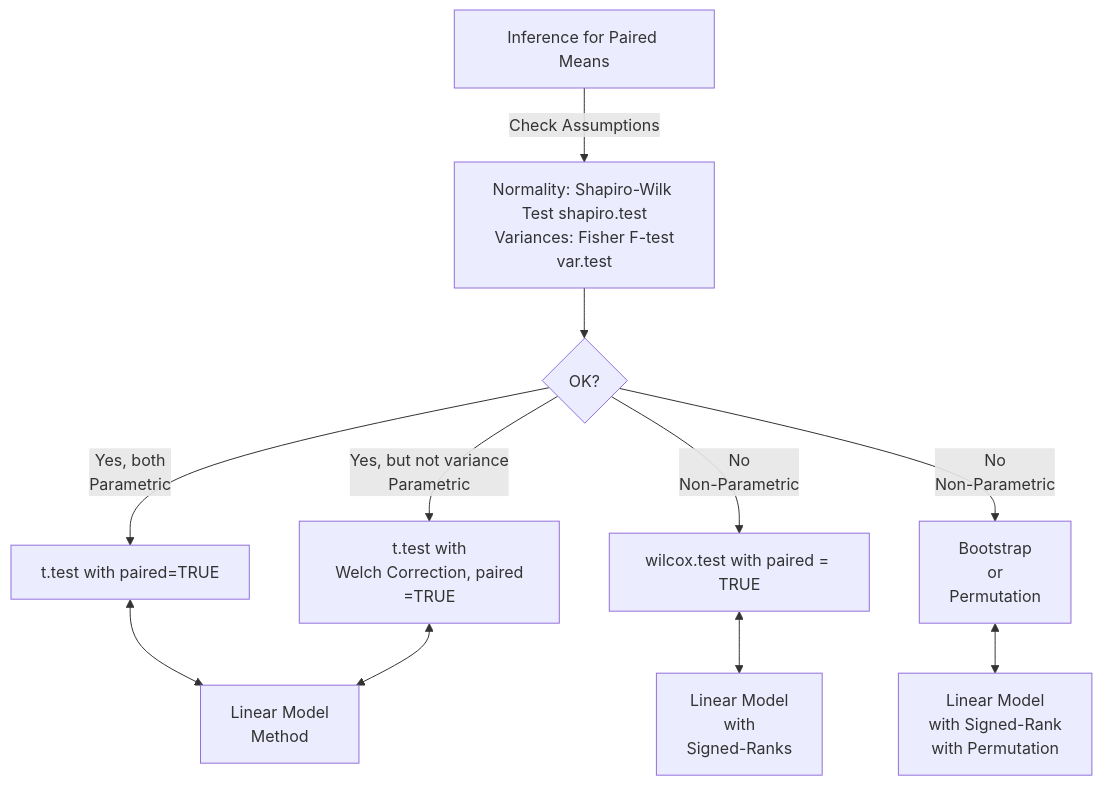
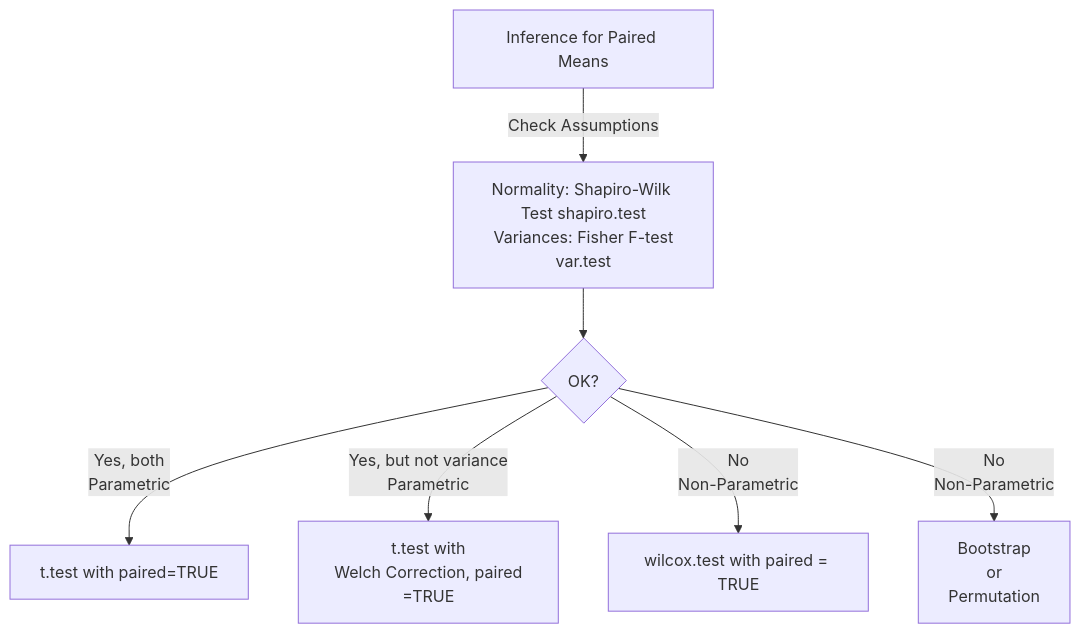
One commit to arvindvenkatadri/teachingtriz changed the diagram in content/courses/Analytics/Inference/Modules/120-PairedMeans/index.qmd. Above: the diagram before and after it, drawn with Mermaid. The commit also changed other lines of this file and 1262 other files, not shown here.

````diff
--- a/content/courses/Analytics/Inference/Modules/120-PairedMeans/index.qmd
+++ b/content/courses/Analytics/Inference/Modules/120-PairedMeans/index.qmd
@@ -130,15 +129,11 @@
 ```{mermaid}
 %%| echo: false
 flowchart TD
     A[Inference for Paired Means] -->|Check Assumptions| B[Normality: Shapiro-Wilk Test shapiro.test\n Variances: Fisher F-test var.test]
     B --> C{OK?}
     C -->|Yes, both\n Parametric| D[t.test with paired=TRUE]
-    D <-->F[Linear Model\n Method] 
     C -->|Yes, but not variance\n Parametric| W[t.test with\n Welch Correction, paired =TRUE]
-    W<-->F
     C -->|No\n Non-Parametric| E[wilcox.test with paired = TRUE]
-    E <--> G[Linear Model\n with\n Signed-Ranks]
     C -->|No\n Non-Parametric| P[Bootstrap\n or\n Permutation]
-    P <--> Q[Linear Model\n with Signed-Rank\n with Permutation]
  
 ```
````
